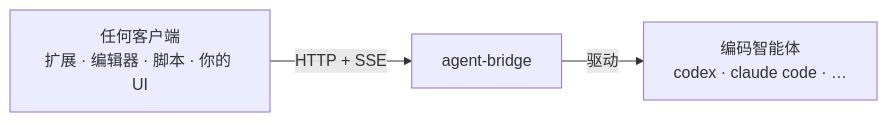
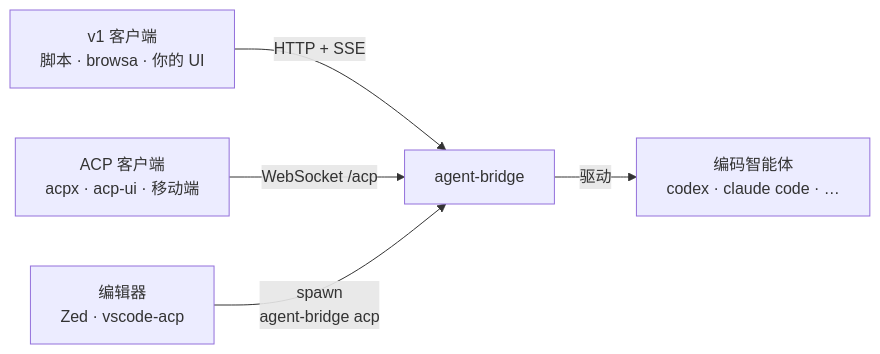
Before and after one commit to xiaohuzai/agent-bridge: the first of 2 diagrams in README.zh-CN.md, drawn with Mermaid. The commit also changed other lines of this file and 1 other file, not shown here.

````diff
--- a/README.zh-CN.md
+++ b/README.zh-CN.md
@@ -19,5 +19,7 @@
 ```mermaid
 flowchart LR
-    C["任何客户端<br/>扩展 · 编辑器 · 脚本 · 你的 UI"] -->|"HTTP + SSE"| B["agent-bridge"]
+    V["v1 客户端<br/>脚本 · browsa · 你的 UI"] -->|"HTTP + SSE"| B["agent-bridge"]
+    W["ACP 客户端<br/>acpx · acp-ui · 移动端"] -->|"WebSocket /acp"| B
+    E["编辑器<br/>Zed · vscode-acp"] -->|"spawn<br/>agent-bridge acp"| B
     B -->|驱动| A["编码智能体<br/>codex · claude code · …"]
 ```
````
